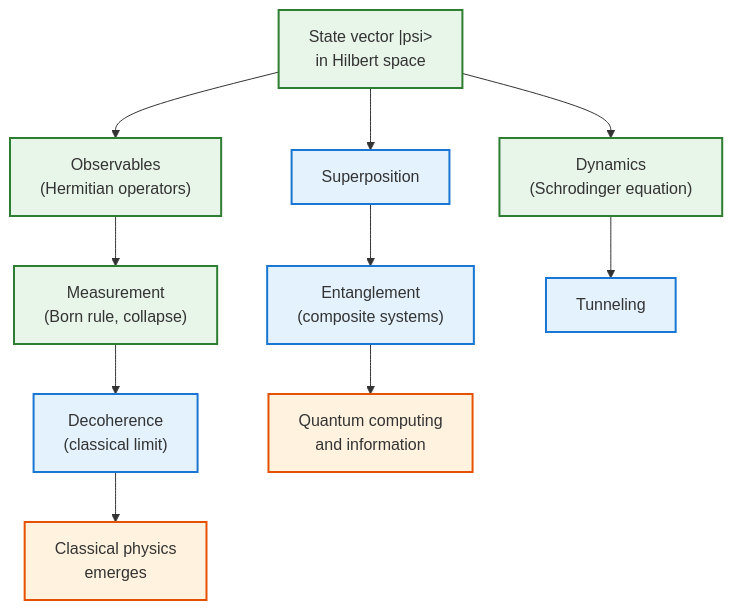
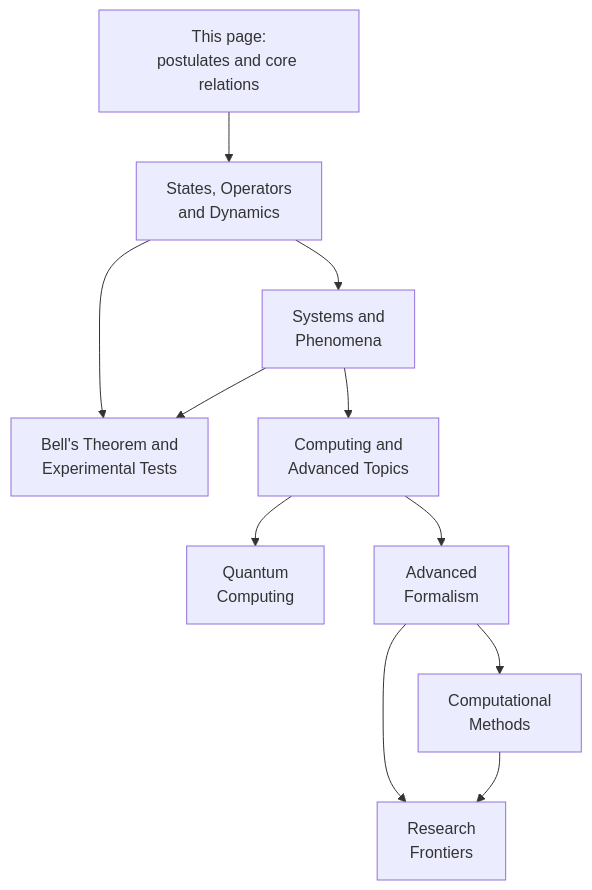
One commit to AndrewAltimit/Documentation changed the first of 2 diagrams in github-pages/docs/physics/quantum-mechanics/index.md. Above: the diagram before and after it, drawn with Mermaid. The commit also changed other lines of this file and 240 other files, not shown here.

````diff
--- a/github-pages/docs/physics/quantum-mechanics/index.md
+++ b/github-pages/docs/physics/quantum-mechanics/index.md
@@ -56,18 +38,13 @@
 ```mermaid
-graph TD
-    PSI["State vector |psi&gt;<br/>in Hilbert space"] --> OBS["Observables<br/>(Hermitian operators)"]
-    PSI --> DYN["Dynamics<br/>(Schrodinger equation)"]
-    OBS --> MEAS["Measurement<br/>(Born rule, collapse)"]
-    PSI --> SUP["Superposition"]
-    SUP --> ENT["Entanglement<br/>(composite systems)"]
-    DYN --> TUN["Tunneling"]
-    MEAS --> DEC["Decoherence<br/>(classical limit)"]
-    ENT --> QC["Quantum computing<br/>and information"]
-    DEC --> CL["Classical physics<br/>emerges"]
-    classDef core fill:#e8f5e9,stroke:#2e7d32,stroke-width:2px;
-    classDef phenom fill:#e3f2fd,stroke:#1976d2,stroke-width:2px;
-    classDef app fill:#fff3e0,stroke:#e65100,stroke-width:2px;
-    class PSI,OBS,DYN,MEAS core;
-    class SUP,ENT,TUN,DEC phenom;
-    class QC,CL app;
+flowchart TD
+    HUB["This page:<br/>postulates and core relations"] --> F["States, Operators<br/>and Dynamics"]
+    F --> SP["Systems and<br/>Phenomena"]
+    F --> BELL["Bell's Theorem and<br/>Experimental Tests"]
+    SP --> BELL
+    SP --> CA["Computing and<br/>Advanced Topics"]
+    CA --> QC["Quantum<br/>Computing"]
+    CA --> AF["Advanced<br/>Formalism"]
+    AF --> CM["Computational<br/>Methods"]
+    AF --> RF["Research<br/>Frontiers"]
+    CM --> RF
 ```
````
